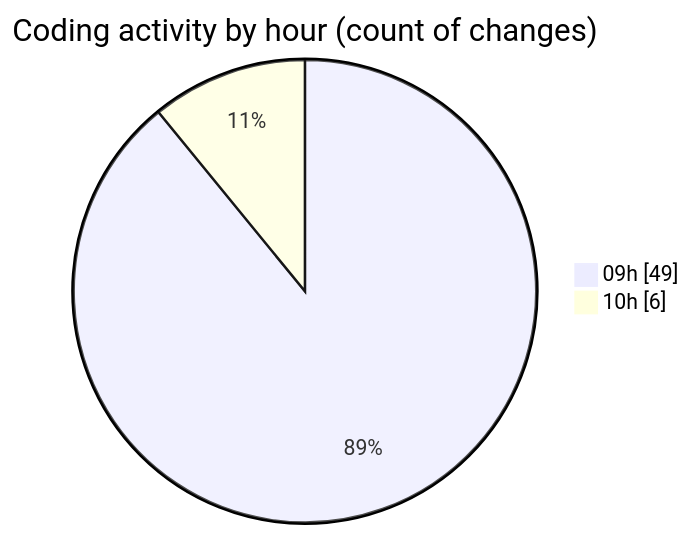
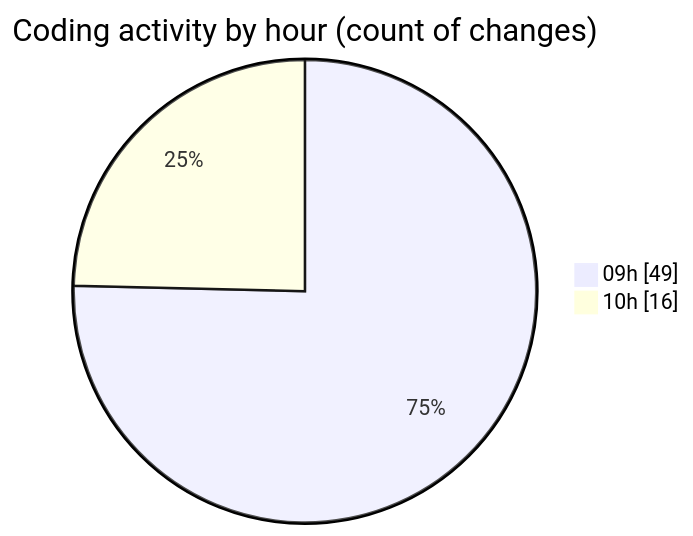
The second of 2 diagrams in 2026-08-10/cda/README.md (momahboobian/code-tracking), drawn with Mermaid before and after one commit. The commit also changed other lines of this file and 1 other file, not shown here.

````diff
--- a/2026-08-10/cda/README.md
+++ b/2026-08-10/cda/README.md
@@ -32,6 +32,6 @@
 ```mermaid
 pie showData
 title Coding activity by hour (count of changes)
 "09h" : 49
-"10h" : 6
+"10h" : 16
 ```
````
